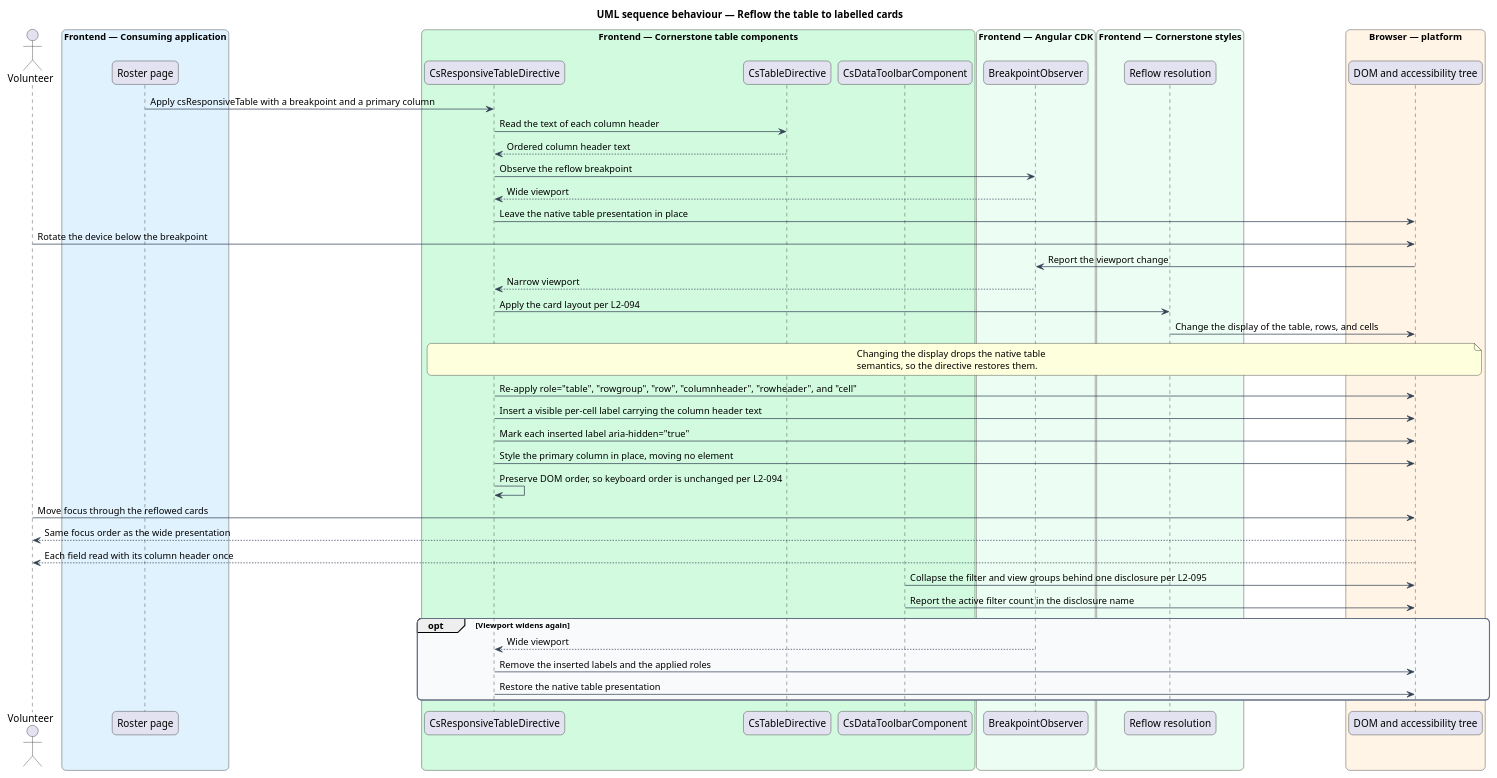
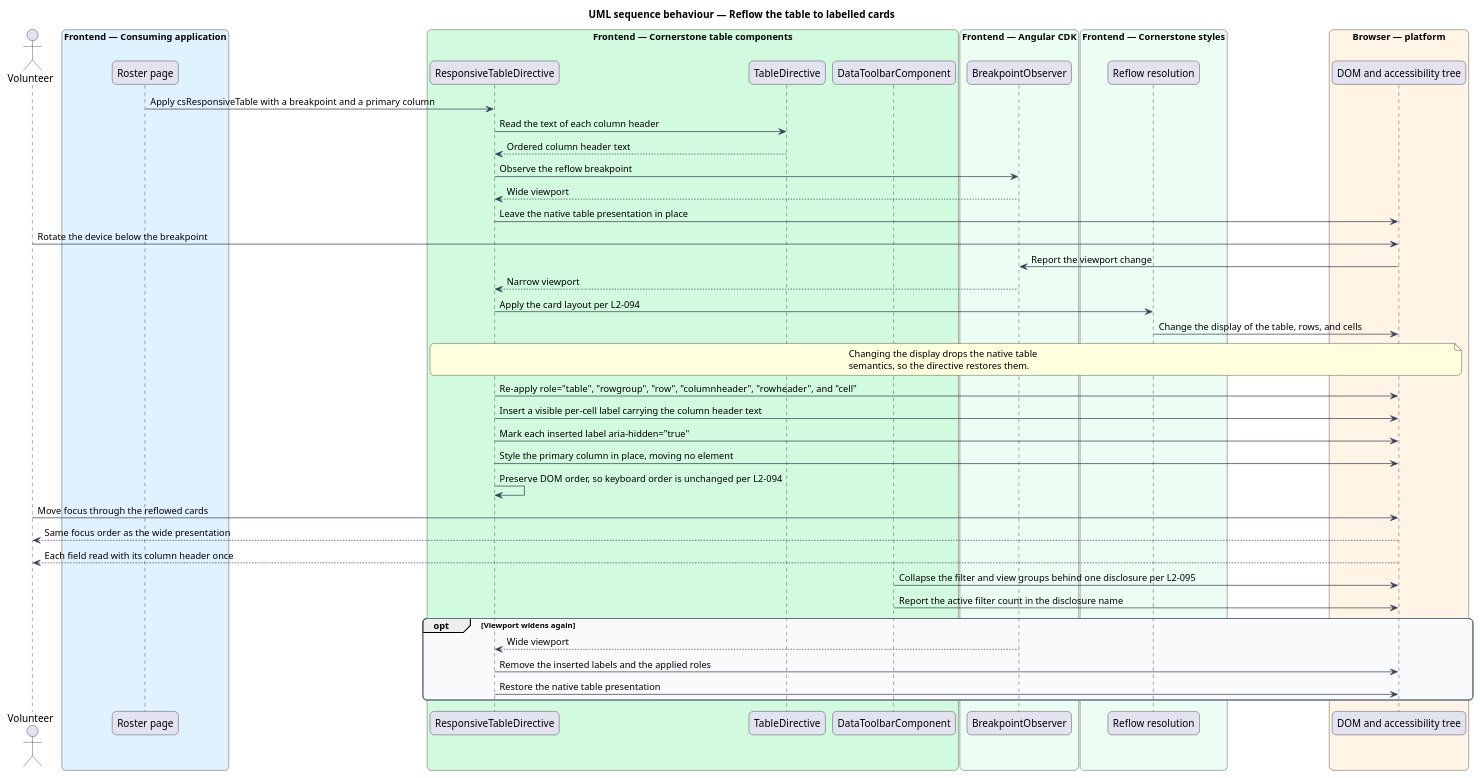
Before and after one commit to QuinntyneBrown/Cornerstone: the diagram in docs/detailed-designs/data-display/browse-tabular-data/diagrams/sequence-reflow-to-cards.puml, drawn with PlantUML. The commit also changed 1743 other files, not shown here.

```diff
--- a/docs/detailed-designs/data-display/browse-tabular-data/diagrams/sequence-reflow-to-cards.puml
+++ b/docs/detailed-designs/data-display/browse-tabular-data/diagrams/sequence-reflow-to-cards.puml
@@ -1,72 +1,72 @@
 @startuml
 title UML sequence behaviour — Reflow the table to labelled cards
 skinparam backgroundColor #FFFFFF
 skinparam shadowing false
 skinparam roundcorner 12
 skinparam defaultFontName Arial
 skinparam ArrowColor #344054
 skinparam rectangle {
   BorderColor #344054
   FontColor #101828
 }
 skinparam package {
   BorderColor #667085
   FontColor #101828
   BackgroundColor #F9FAFB
 }
 actor "Volunteer" as vol
 box "Frontend — Consuming application" #E0F2FE
   participant "Roster page" as page
 end box
 box "Frontend — Cornerstone table components" #D1FADF
-  participant "CsResponsiveTableDirective" as reflow
-  participant "CsTableDirective" as table
-  participant "CsDataToolbarComponent" as toolbar
+  participant "ResponsiveTableDirective" as reflow
+  participant "TableDirective" as table
+  participant "DataToolbarComponent" as toolbar
 end box
 box "Frontend — Angular CDK" #ECFDF3
   participant "BreakpointObserver" as bp
 end box
 box "Frontend — Cornerstone styles" #ECFDF3
   participant "Reflow resolution" as reflowcss
 end box
 box "Browser — platform" #FFF4E5
   participant "DOM and accessibility tree" as dom
 end box
 
 page -> reflow : Apply csResponsiveTable with a breakpoint and a primary column
 reflow -> table : Read the text of each column header
 table --> reflow : Ordered column header text
 reflow -> bp : Observe the reflow breakpoint
 bp --> reflow : Wide viewport
 reflow -> dom : Leave the native table presentation in place
 
 vol -> dom : Rotate the device below the breakpoint
 dom -> bp : Report the viewport change
 bp --> reflow : Narrow viewport
 reflow -> reflowcss : Apply the card layout per L2-094
 reflowcss -> dom : Change the display of the table, rows, and cells
 
 note over reflow, dom
   Changing the display drops the native table
   semantics, so the directive restores them.
 end note
 
 reflow -> dom : Re-apply role="table", "rowgroup", "row", "columnheader", "rowheader", and "cell"
 reflow -> dom : Insert a visible per-cell label carrying the column header text
 reflow -> dom : Mark each inserted label aria-hidden="true"
 reflow -> dom : Style the primary column in place, moving no element
 reflow -> reflow : Preserve DOM order, so keyboard order is unchanged per L2-094
 
 vol -> dom : Move focus through the reflowed cards
 dom --> vol : Same focus order as the wide presentation
 dom --> vol : Each field read with its column header once
 
 toolbar -> dom : Collapse the filter and view groups behind one disclosure per L2-095
 toolbar -> dom : Report the active filter count in the disclosure name
 
 opt Viewport widens again
   bp --> reflow : Wide viewport
   reflow -> dom : Remove the inserted labels and the applied roles
   reflow -> dom : Restore the native table presentation
 end
 @enduml
```
